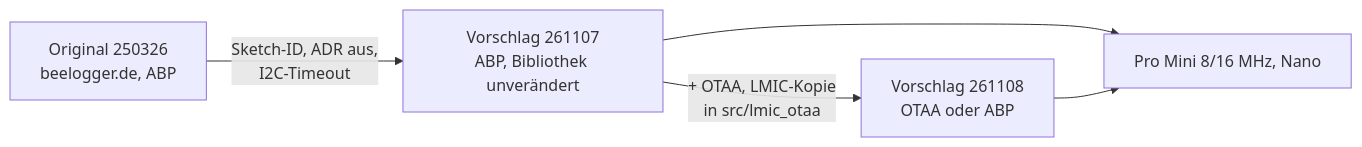
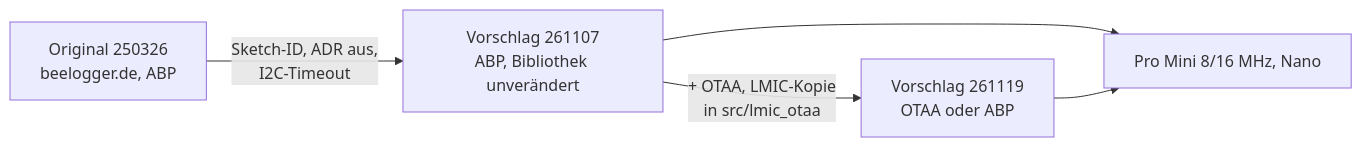
One commit to desiue/beelogger-stm32 changed the diagram in atmega_lora/README.md. Above: the diagram before and after it, drawn with Mermaid. The commit also changed other lines of this file and 31 other files, not shown here.

First line of the commit message:
ATmega OTAA 261119: LMIC-Prüfungen ohne Dateipfad (Größe unabhängig vom Ablageort)

````diff
--- a/atmega_lora/README.md
+++ b/atmega_lora/README.md
@@ -11,7 +11,7 @@
 ```mermaid
 flowchart LR
   O["Original 250326<br/>beelogger.de, ABP"] -->|"Sketch-ID, ADR aus,<br/>I2C-Timeout"| V["Vorschlag 261107<br/>ABP, Bibliothek unverändert"]
-  V -->|"+ OTAA, LMIC-Kopie<br/>in src/lmic_otaa"| W["Vorschlag 261108<br/>OTAA oder ABP"]
+  V -->|"+ OTAA, LMIC-Kopie<br/>in src/lmic_otaa"| W["Vorschlag 261119<br/>OTAA oder ABP"]
   V --> B["Pro Mini 8/16 MHz, Nano"]
   W --> B
 ```
````
